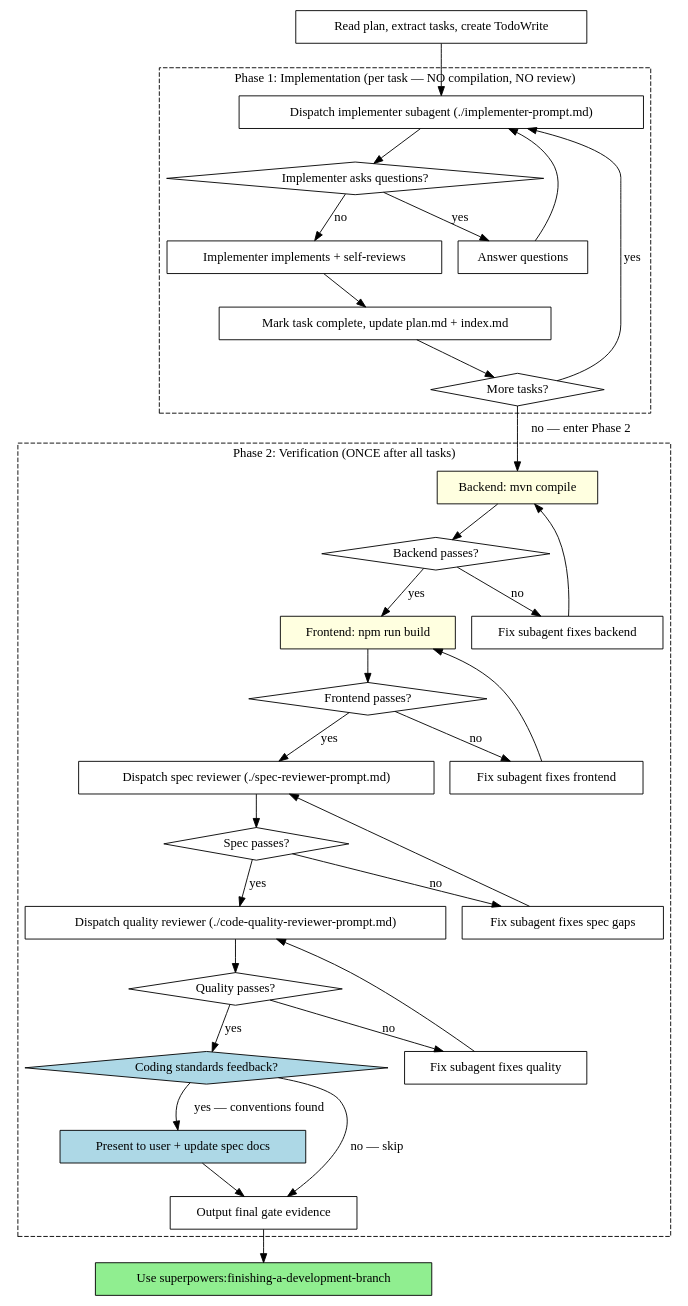
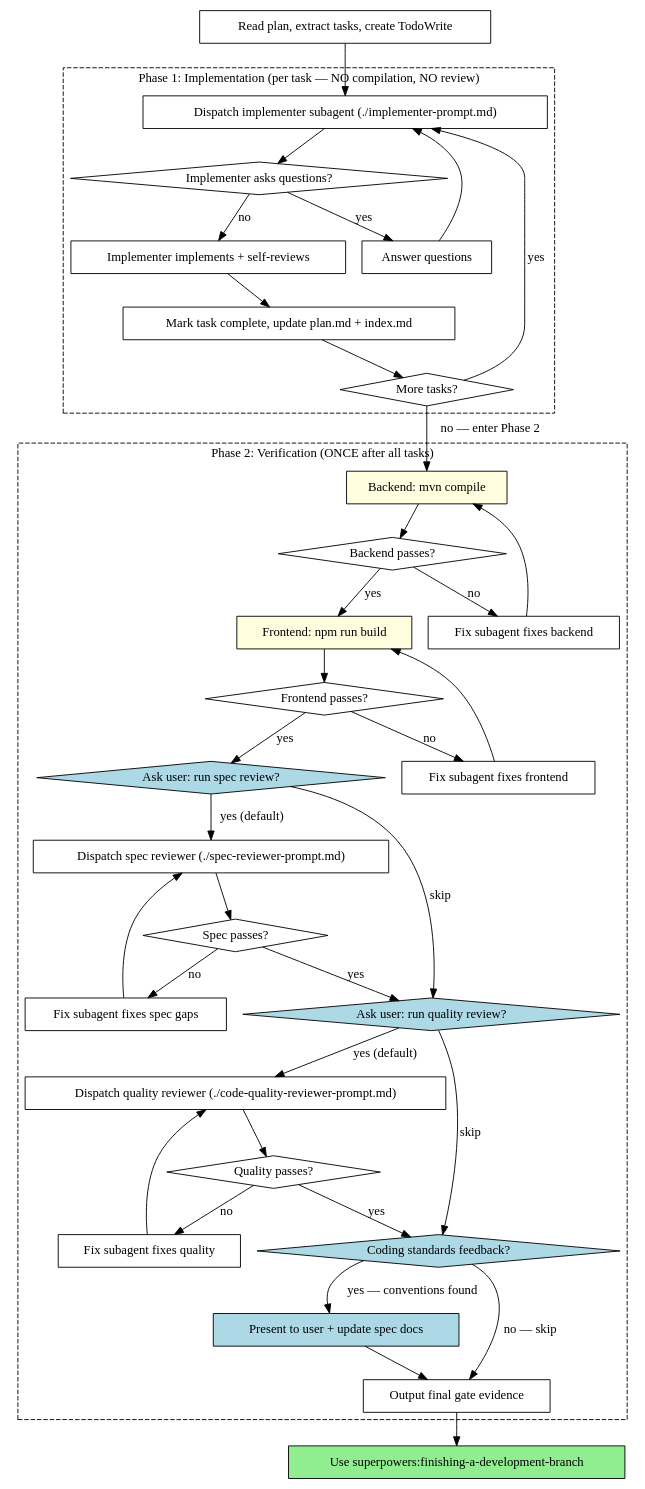
The second of 2 diagrams in skills/subagent-driven-development/SKILL.md (786153747/superpowers), drawn with Graphviz before and after one commit. The commit also changed other lines of this file, not shown here.

Commit message:
Spec Compliance&Code Quality 默认执行 可跳过

````diff
--- a/skills/subagent-driven-development/SKILL.md
+++ b/skills/subagent-driven-development/SKILL.md
@@ -58,70 +58,76 @@
 ```dot
 digraph process {
     rankdir=TB;
 
     subgraph cluster_phase1 {
         label="Phase 1: Implementation (per task — NO compilation, NO review)";
         style=dashed;
         "Dispatch implementer subagent (./implementer-prompt.md)" [shape=box];
         "Implementer asks questions?" [shape=diamond];
         "Answer questions" [shape=box];
         "Implementer implements + self-reviews" [shape=box];
         "Mark task complete, update plan.md + index.md" [shape=box];
         "More tasks?" [shape=diamond];
     }
 
     subgraph cluster_phase2 {
         label="Phase 2: Verification (ONCE after all tasks)";
         style=dashed;
         "Backend: mvn compile" [shape=box style=filled fillcolor=lightyellow];
         "Backend passes?" [shape=diamond];
         "Fix subagent fixes backend" [shape=box];
         "Frontend: npm run build" [shape=box style=filled fillcolor=lightyellow];
         "Frontend passes?" [shape=diamond];
         "Fix subagent fixes frontend" [shape=box];
         "Dispatch spec reviewer (./spec-reviewer-prompt.md)" [shape=box];
         "Spec passes?" [shape=diamond];
         "Fix subagent fixes spec gaps" [shape=box];
+        "Ask user: run spec review?" [shape=diamond style=filled fillcolor=lightblue];
+        "Ask user: run quality review?" [shape=diamond style=filled fillcolor=lightblue];
         "Dispatch quality reviewer (./code-quality-reviewer-prompt.md)" [shape=box];
         "Quality passes?" [shape=diamond];
         "Fix subagent fixes quality" [shape=box];
         "Coding standards feedback?" [shape=diamond style=filled fillcolor=lightblue];
         "Present to user + update spec docs" [shape=box style=filled fillcolor=lightblue];
         "Output final gate evidence" [shape=box];
     }
 
     "Read plan, extract tasks, create TodoWrite" [shape=box];
     "Use superpowers:finishing-a-development-branch" [shape=box style=filled fillcolor=lightgreen];
 
     "Read plan, extract tasks, create TodoWrite" -> "Dispatch implementer subagent (./implementer-prompt.md)";
     "Dispatch implementer subagent (./implementer-prompt.md)" -> "Implementer asks questions?";
     "Implementer asks questions?" -> "Answer questions" [label="yes"];
     "Answer questions" -> "Dispatch implementer subagent (./implementer-prompt.md)";
     "Implementer asks questions?" -> "Implementer implements + self-reviews" [label="no"];
     "Implementer implements + self-reviews" -> "Mark task complete, update plan.md + index.md";
     "Mark task complete, update plan.md + index.md" -> "More tasks?";
     "More tasks?" -> "Dispatch implementer subagent (./implementer-prompt.md)" [label="yes"];
     "More tasks?" -> "Backend: mvn compile" [label="no — enter Phase 2"];
 
     "Backend: mvn compile" -> "Backend passes?";
     "Backend passes?" -> "Fix subagent fixes backend" [label="no"];
     "Fix subagent fixes backend" -> "Backend: mvn compile";
     "Backend passes?" -> "Frontend: npm run build" [label="yes"];
     "Frontend: npm run build" -> "Frontend passes?";
     "Frontend passes?" -> "Fix subagent fixes frontend" [label="no"];
     "Fix subagent fixes frontend" -> "Frontend: npm run build";
-    "Frontend passes?" -> "Dispatch spec reviewer (./spec-reviewer-prompt.md)" [label="yes"];
+    "Frontend passes?" -> "Ask user: run spec review?" [label="yes"];
+    "Ask user: run spec review?" -> "Dispatch spec reviewer (./spec-reviewer-prompt.md)" [label="yes (default)"];
+    "Ask user: run spec review?" -> "Ask user: run quality review?" [label="skip"];
     "Dispatch spec reviewer (./spec-reviewer-prompt.md)" -> "Spec passes?";
     "Spec passes?" -> "Fix subagent fixes spec gaps" [label="no"];
     "Fix subagent fixes spec gaps" -> "Dispatch spec reviewer (./spec-reviewer-prompt.md)";
-    "Spec passes?" -> "Dispatch quality reviewer (./code-quality-reviewer-prompt.md)" [label="yes"];
+    "Spec passes?" -> "Ask user: run quality review?" [label="yes"];
+    "Ask user: run quality review?" -> "Dispatch quality reviewer (./code-quality-reviewer-prompt.md)" [label="yes (default)"];
+    "Ask user: run quality review?" -> "Coding standards feedback?" [label="skip"];
     "Dispatch quality reviewer (./code-quality-reviewer-prompt.md)" -> "Quality passes?";
     "Quality passes?" -> "Fix subagent fixes quality" [label="no"];
     "Fix subagent fixes quality" -> "Dispatch quality reviewer (./code-quality-reviewer-prompt.md)";
     "Quality passes?" -> "Coding standards feedback?" [label="yes"];
     "Coding standards feedback?" -> "Present to user + update spec docs" [label="yes — conventions found"];
     "Present to user + update spec docs" -> "Output final gate evidence";
     "Coding standards feedback?" -> "Output final gate evidence" [label="no — skip"];
     "Output final gate evidence" -> "Use superpowers:finishing-a-development-branch";
 }
 ```
````
